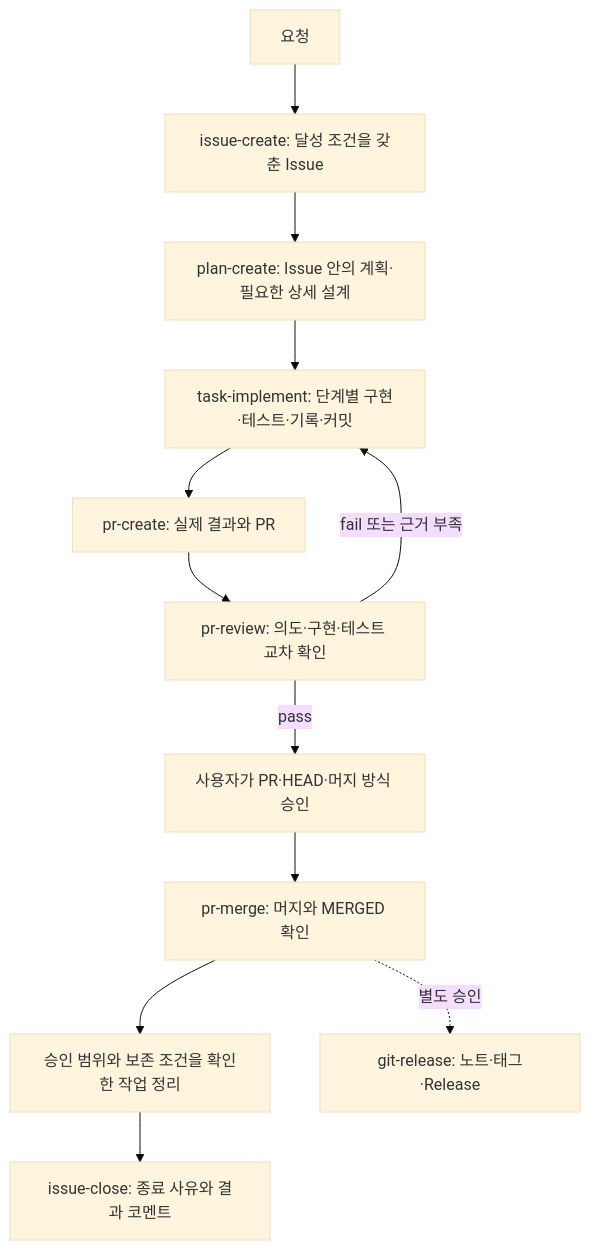
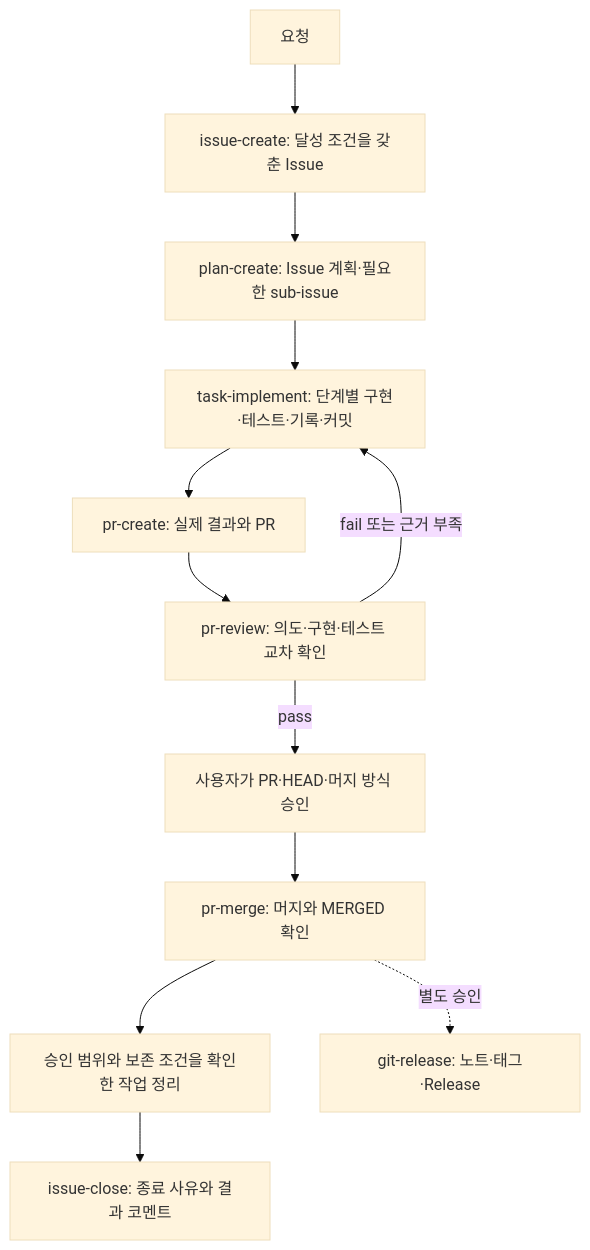
Before and after one commit to insung/git-workflow: the diagram in README.ko.md, drawn with Mermaid (base theme). The commit also changed other lines of this file and 21 other files, not shown here.

First line of the commit message:
feat(plan-create): Issue·sub-issue 기반 계획과 기록 통합

````diff
--- a/README.ko.md
+++ b/README.ko.md
@@ -42,14 +42,14 @@
 ```mermaid
 flowchart TD
     A[요청] --> B[issue-create: 달성 조건을 갖춘 Issue]
-    B --> C[plan-create: Issue 안의 계획·필요한 상세 설계]
+    B --> C[plan-create: Issue 계획·필요한 sub-issue]
     C --> D[task-implement: 단계별 구현·테스트·기록·커밋]
     D --> E[pr-create: 실제 결과와 PR]
     E --> F[pr-review: 의도·구현·테스트 교차 확인]
     F -->|fail 또는 근거 부족| D
     F -->|pass| G[사용자가 PR·HEAD·머지 방식 승인]
     G --> H[pr-merge: 머지와 MERGED 확인]
     H --> J[승인 범위와 보존 조건을 확인한 작업 정리]
     J --> K[issue-close: 종료 사유와 결과 코멘트]
     H -. 별도 승인 .-> I[git-release: 노트·태그·Release]
 ```
````
